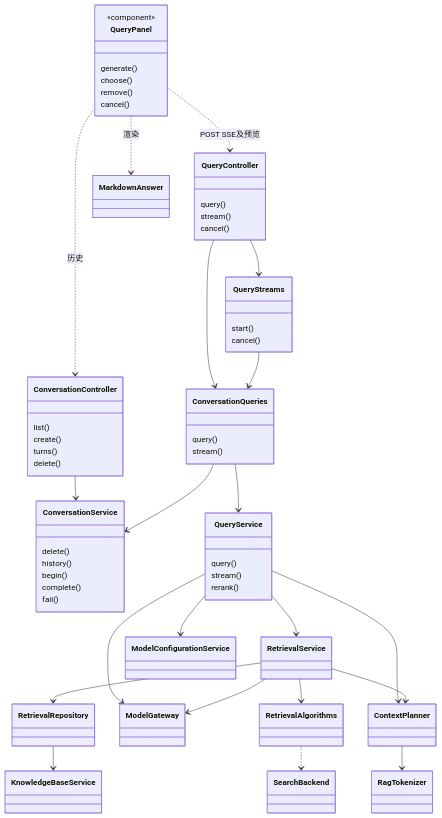
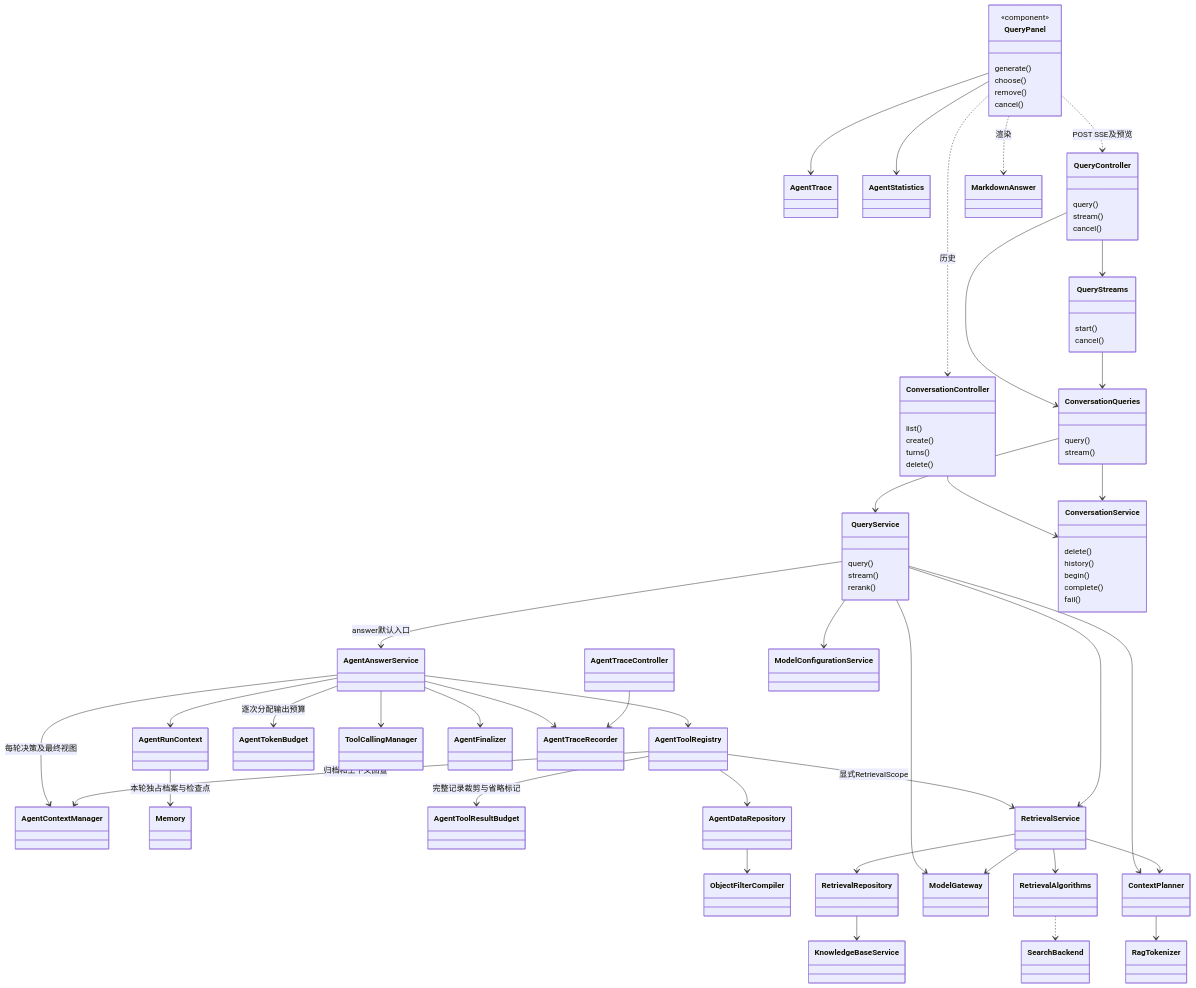
Before and after one commit to czhcc/TjLightRAG: the first of 5 diagrams in docs/知识库问答实现.md, drawn with Mermaid. The commit also changed other lines of this file and 48 other files, not shown here.

Commit message:
feat: add knowledge agent with tracing and context management

````diff
--- a/docs/知识库问答实现.md
+++ b/docs/知识库问答实现.md
@@ -22,61 +24,78 @@
 ```mermaid
 classDiagram
+    QueryService --> AgentAnswerService : answer默认入口
+    AgentAnswerService --> AgentToolRegistry
+    AgentAnswerService --> AgentRunContext
+    AgentAnswerService --> AgentTokenBudget : 逐次分配输出预算
+    AgentAnswerService --> AgentContextManager : 每轮决策及最终视图
+    AgentToolRegistry --> AgentContextManager : 归档和上下文回查
+    AgentRunContext --> Memory : 本轮独占档案与检查点
+    AgentToolRegistry --> AgentToolResultBudget : 完整记录裁剪与省略标记
+    AgentAnswerService --> ToolCallingManager
+    AgentAnswerService --> AgentFinalizer
+    AgentToolRegistry --> AgentDataRepository
+    AgentDataRepository --> ObjectFilterCompiler
+    AgentToolRegistry --> RetrievalService : 显式RetrievalScope
+    AgentAnswerService --> AgentTraceRecorder
+    AgentTraceController --> AgentTraceRecorder
+    QueryPanel --> AgentTrace
+    QueryPanel --> AgentStatistics
     class QueryPanel {
       <<component>>
       generate()
       choose()
       remove()
       cancel()
     }
     class QueryController {
       query()
       stream()
       cancel()
     }
     class QueryStreams {
       start()
       cancel()
     }
     class ConversationController {
       list()
       create()
       turns()
       delete()
     }
     class ConversationQueries {
       query()
       stream()
     }
     class ConversationService {
       delete()
       history()
       begin()
       complete()
       fail()
     }
     class QueryService {
       query()
       stream()
       rerank()
     }
     QueryPanel ..> QueryController : POST SSE及预览
     QueryPanel ..> ConversationController : 历史
     QueryPanel ..> MarkdownAnswer : 渲染
     QueryController --> QueryStreams
     QueryController --> ConversationQueries
     QueryStreams --> ConversationQueries
     ConversationController --> ConversationService
     ConversationQueries --> ConversationService
     ConversationQueries --> QueryService
     QueryService --> RetrievalService
     QueryService --> ContextPlanner
     QueryService --> ModelConfigurationService
     QueryService --> ModelGateway
     RetrievalService --> RetrievalRepository
     RetrievalService --> RetrievalAlgorithms
     RetrievalService --> ContextPlanner
     RetrievalService --> ModelGateway
     RetrievalAlgorithms ..> SearchBackend
     RetrievalRepository --> KnowledgeBaseService
     ContextPlanner --> RagTokenizer
 ```
````
